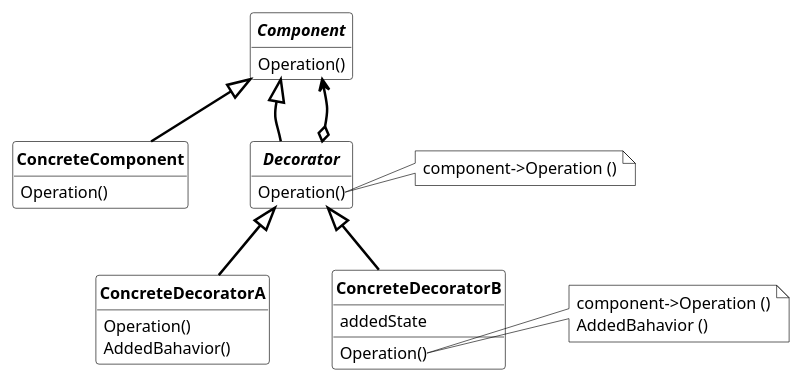
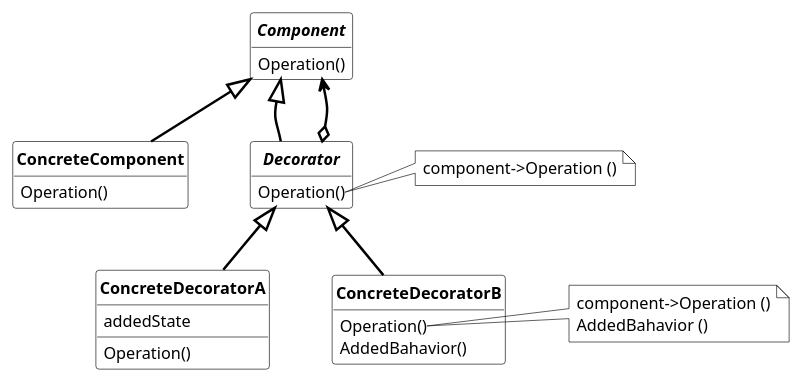
The diagram in structural_pattern/decorator/decorator.md (dst80/design-patterns), drawn with PlantUML before and after one commit. The commit also changed other lines of this file, not shown here.

Commit message:
add decorator description

````diff
--- a/structural_pattern/decorator/decorator.md
+++ b/structural_pattern/decorator/decorator.md
@@ -3,60 +6,59 @@
 ```plantuml
 @startuml decorator
 skinparam nodesep 50
 skinparam ranksep 50
 skinparam class {
     FontSize 13
     AttributeFontSize 13
     FontStyle bold
     BackgroundColor transparent
     BorderColor black
 }
 skinparam arrow {
     Color black
     FontColor black
     Thickness 2
 }
 skinparam note {
     BackgroundColor transparent
     BorderColor black
 }
-
 hide circle
 hide fields
+
 interface Component {
     Operation()
 }
 class ConcreteComponent extends Component {
     Operation()
 }
 abstract Decorator extends Component {
     Operation()
 }
 
 ConcreteComponent -r[hidden] Decorator
 
-class ConcreteDecoratorA extends Decorator {
+class ConcreteDecoratorB extends Decorator {
     Operation()
     AddedBahavior()
 }
-class ConcreteDecoratorB extends Decorator {
+class ConcreteDecoratorA extends Decorator {
     Operation()
     addedState
 }
-show ConcreteDecoratorB fields
+show ConcreteDecoratorA fields
 
 ConcreteDecoratorA -r[hidden] ConcreteDecoratorB
 
 Component <--o Decorator
 
 note right of Decorator::Operation
     component->Operation ()
 end note
 
 note right of ConcreteDecoratorB::Operation
     component->Operation ()
     AddedBahavior ()
 end note
-
 @enduml
 ```
````
